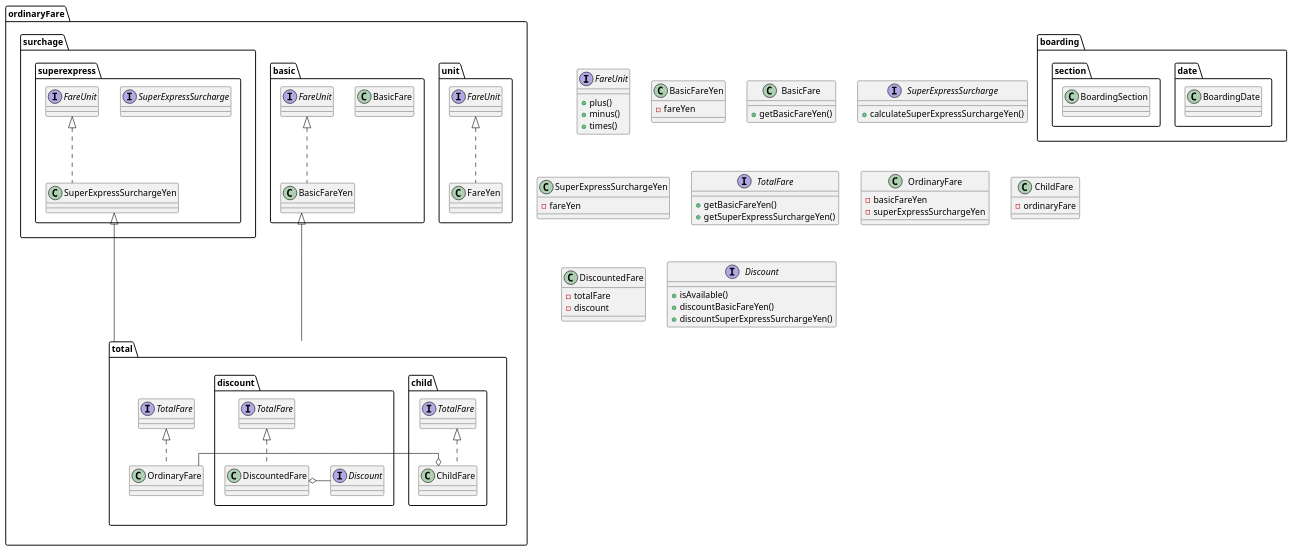
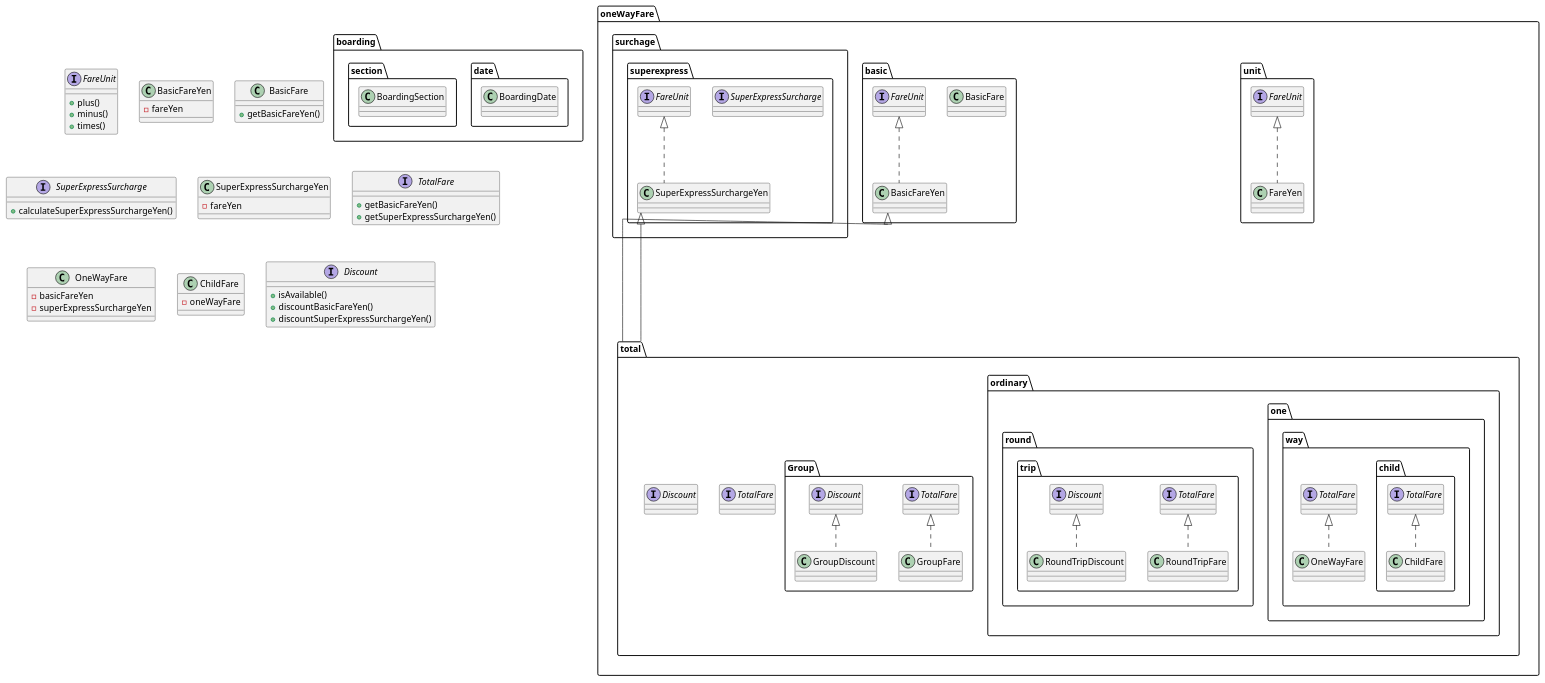
Before and after one commit to komatsu-yuki/komatsu-jr-pricing: the diagram in src/main/java/jp/co/interprism/training/DDD3/jr/pricing/jr-pricing.puml, drawn with PlantUML. The commit also changed 24 other files, not shown here.

```diff
--- a/src/main/java/jp/co/interprism/training/DDD3/jr/pricing/jr-pricing.puml
+++ b/src/main/java/jp/co/interprism/training/DDD3/jr/pricing/jr-pricing.puml
@@ -1,100 +1,108 @@
 @startuml
 skinparam linetype ortho
 
 package boarding {
     package date {
         class BoardingDate
     }
     package section {
         class BoardingSection
     }
 }
 
-package ordinaryFare {
+package oneWayFare {
     package unit {
         interface FareUnit
         class FareYen implements FareUnit
     }
 
     package basic {
         class BasicFare
         class BasicFareYen implements FareUnit
     }
     package surchage.superexpress {
         interface SuperExpressSurcharge
         class SuperExpressSurchargeYen implements FareUnit
     }
 
     package total {
         interface TotalFare
-        class OrdinaryFare implements TotalFare
 
-        package child {
-            class ChildFare implements TotalFare
+        interface Discount
+
+        package ordinary {
+
+            package one.way {
+                class OneWayFare implements TotalFare
+
+                package child {
+                    class ChildFare implements TotalFare
+                }
+            }
+            package round.trip {
+                class RoundTripFare implements TotalFare
+                class RoundTripDiscount implements Discount
+            }
+
         }
 
-        package discount {
-            class DiscountedFare implements TotalFare
-            interface Discount
+        package Group {
+            class GroupFare implements TotalFare
+            class GroupDiscount implements Discount
         }
+
     }
 }
 
 
 BasicFareYen <|--- total
 SuperExpressSurchargeYen <|--- total
-OrdinaryFare -o ChildFare
-DiscountedFare o- Discount
+
 
 
 
 
 interface FareUnit {
     + plus()
     + minus()
     + times()
 }
 
 class BasicFareYen {
     - fareYen
 }
 
 class BasicFare {
     + getBasicFareYen()
 }
 
 interface SuperExpressSurcharge {
     + calculateSuperExpressSurchargeYen()
 }
 
 class SuperExpressSurchargeYen {
     - fareYen
 }
 
 interface TotalFare {
     + getBasicFareYen()
     + getSuperExpressSurchargeYen()
 }
 
-class OrdinaryFare {
+class OneWayFare {
     - basicFareYen
     - superExpressSurchargeYen
 }
 
 
 class ChildFare {
-    - ordinaryFare
-}
-
-class DiscountedFare {
-    - totalFare
-    - discount
+    - oneWayFare
 }
 
 interface Discount {
     + isAvailable()
     + discountBasicFareYen()
     + discountSuperExpressSurchargeYen()
 }
 
 @enduml
```
